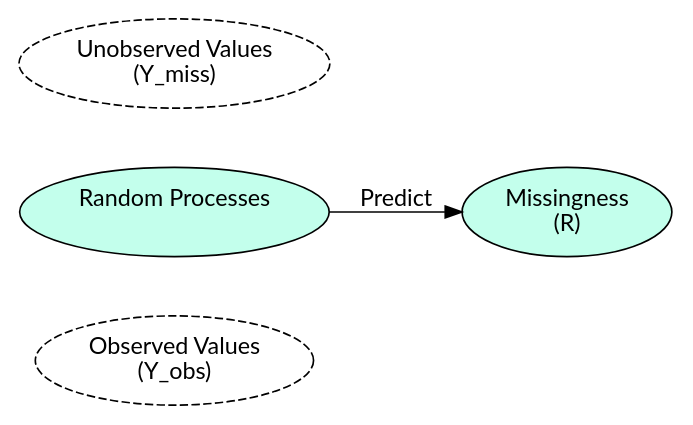
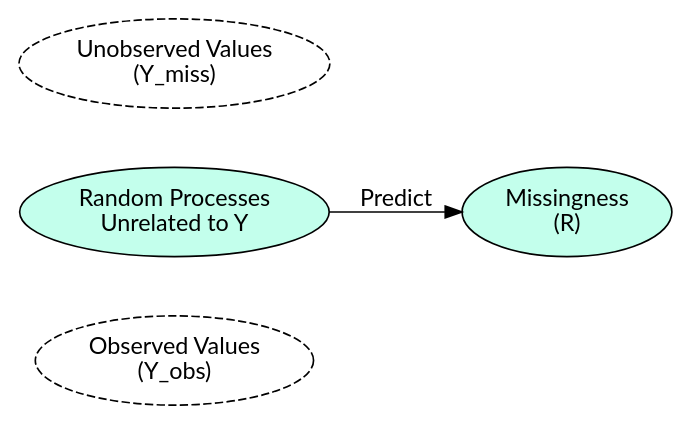
Before and after one commit to sjpierce/FMDE2024: the second of 4 diagrams in Slides.qmd, drawn with Graphviz. The commit also changed other lines of this file, not shown here.

````diff
--- a/Slides.qmd
+++ b/Slides.qmd
@@ -544,19 +552,19 @@
 ```{dot}
 //| fig-width: 9
 //| fig-height: 4
 digraph MCAR {
 rankdir="LR";
 
 node [shape = "ellipse", style= "filled", fontname="Lato", fillcolor = "#C3FFEC"]
 Missing [label = "Missingness\n(R)"]
 Observed [label = "Observed Values\n(Y_obs)", style = "dashed"]
-Random [label = "Random Processes\n "]
+Random [label = "Random Processes\nUnrelated to Y"]
 Unobserved [label = "Unobserved Values\n(Y_miss)", style = "dashed"]
 
 edge [fontname="Lato"]
 Random -> Missing [label = "Predict"]
 Unobserved -> Random -> Observed [style = "invis"]
 
 {rank = same; Unobserved; Random; Observed}
 }
 ```
````
